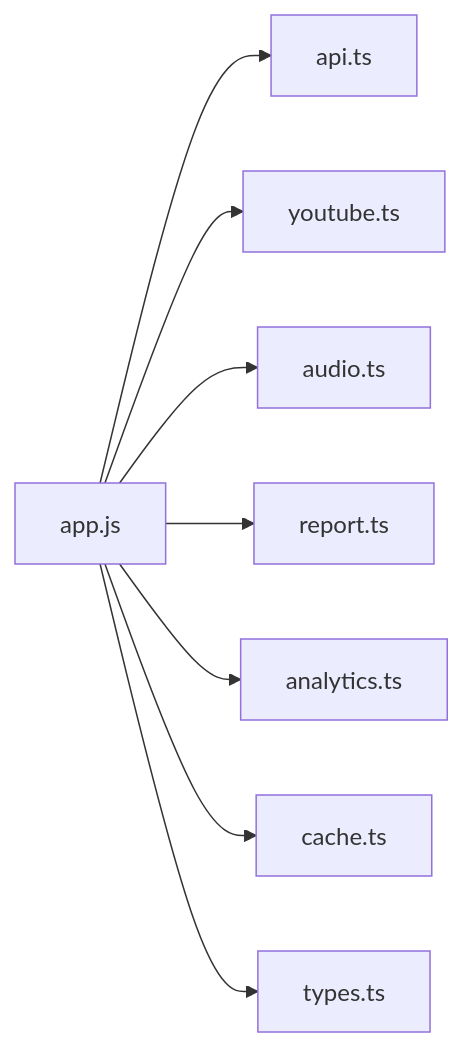
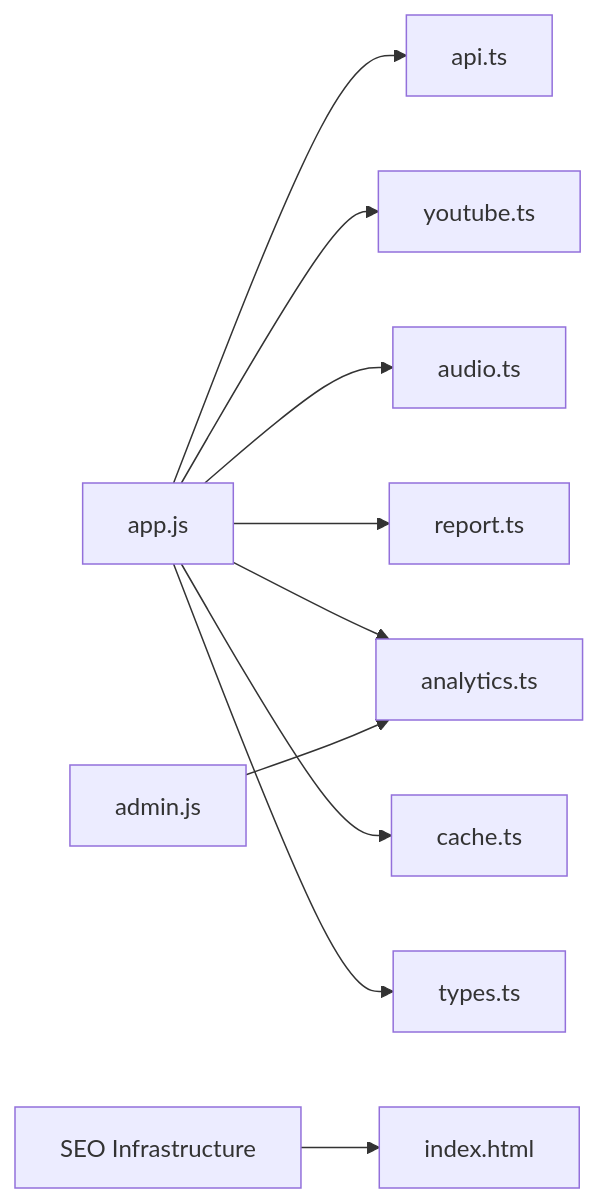
The ninth of 9 diagrams in .qoder/repowiki/en/content/Frontend Application/Frontend Application.md (dkoukoul/kpop-random-dance-generator), drawn with Mermaid before and after one commit. The commit also changed other lines of this file and 3 other files, not shown here.

````diff
--- a/.qoder/repowiki/en/content/Frontend Application/Frontend Application.md
+++ b/.qoder/repowiki/en/content/Frontend Application/Frontend Application.md
@@ -366,10 +476,12 @@
 ```mermaid
 graph LR
 APP["app.js"] --> API["api.ts"]
 APP --> YT["youtube.ts"]
 APP --> AUDIO["audio.ts"]
 APP --> REPORT["report.ts"]
 APP --> ANALYTICS["analytics.ts"]
 APP --> CACHE["cache.ts"]
 APP --> TYPES["types.ts"]
+SEO["SEO Infrastructure"] --> INDEX["index.html"]
+ADMIN["admin.js"] --> ANALYTICS
 ```
````
